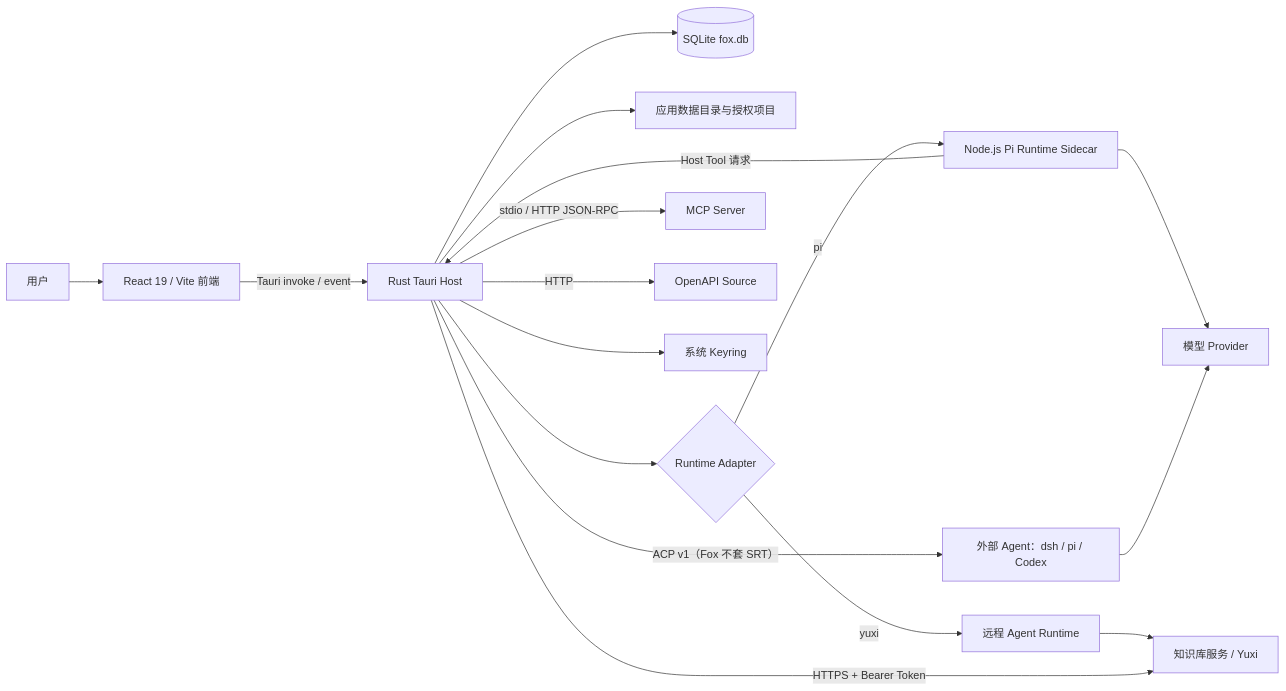
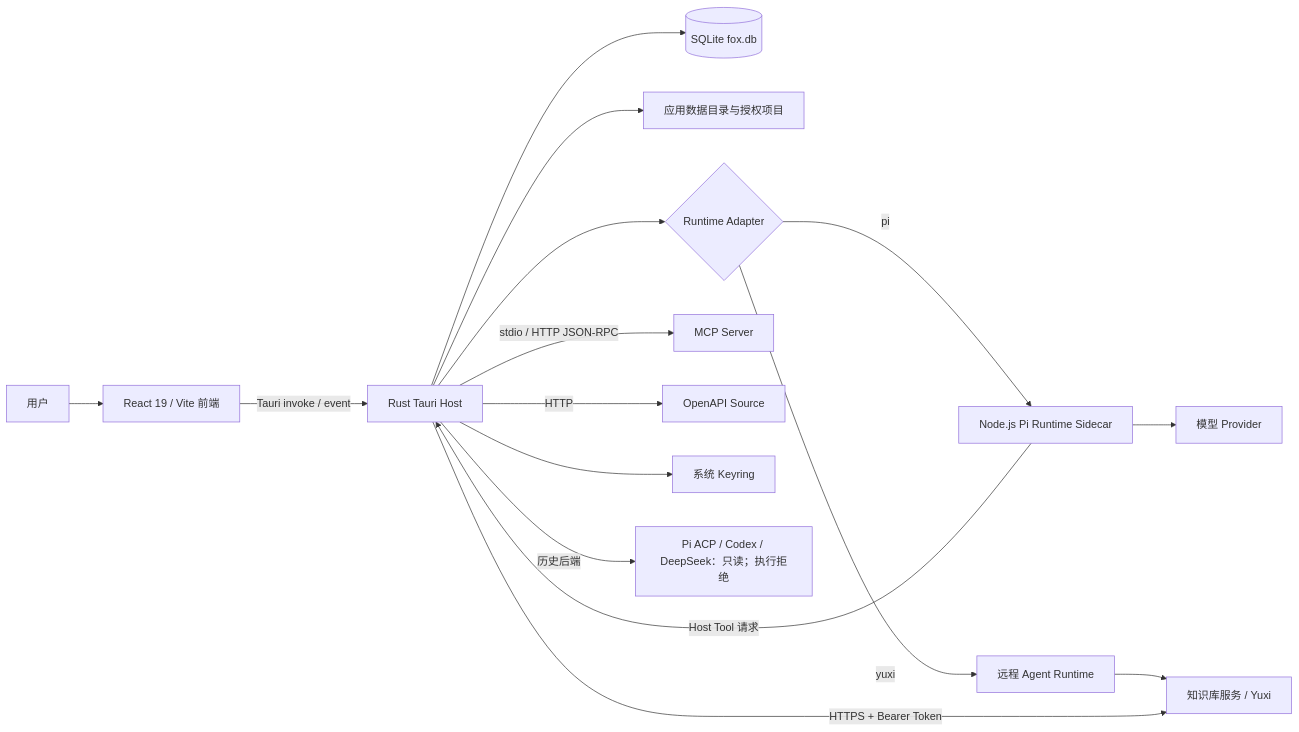
Before and after one commit to Hry1729/Fox-Agent: the first of 2 diagrams in docs/02-架构/总体架构.md, drawn with Mermaid. The commit also changed other lines of this file and 95 other files, not shown here.

````diff
--- a/docs/02-架构/总体架构.md
+++ b/docs/02-架构/总体架构.md
@@ -18,19 +18,18 @@
 ```mermaid
 flowchart LR
     U["用户"] --> UI["React 19 / Vite 前端"]
     UI -->|"Tauri invoke / event"| HOST["Rust Tauri Host"]
     HOST --> DB[("SQLite fox.db")]
     HOST --> FS["应用数据目录与授权项目"]
     HOST --> ROUTER{"Runtime Adapter"}
     ROUTER -->|"pi"| PI["Node.js Pi Runtime Sidecar"]
     ROUTER -->|"yuxi"| YRUN["远程 Agent Runtime"]
     PI --> MODEL["模型 Provider"]
     PI -->|"Host Tool 请求"| HOST
     YRUN --> KB["知识库服务 / Yuxi"]
     HOST -->|"HTTPS + Bearer Token"| KB
     HOST -->|"stdio / HTTP JSON-RPC"| MCP["MCP Server"]
     HOST -->|"HTTP"| OPENAPI["OpenAPI Source"]
     HOST --> KEY["系统 Keyring"]
-    HOST -->|"ACP v1（Fox 不套 SRT）"| EXT["外部 Agent：dsh / pi / Codex"]
-    EXT --> MODEL
+    HOST -->|"历史后端"| EXT["Pi ACP / Codex / DeepSeek：只读；执行拒绝"]
 ```
````
